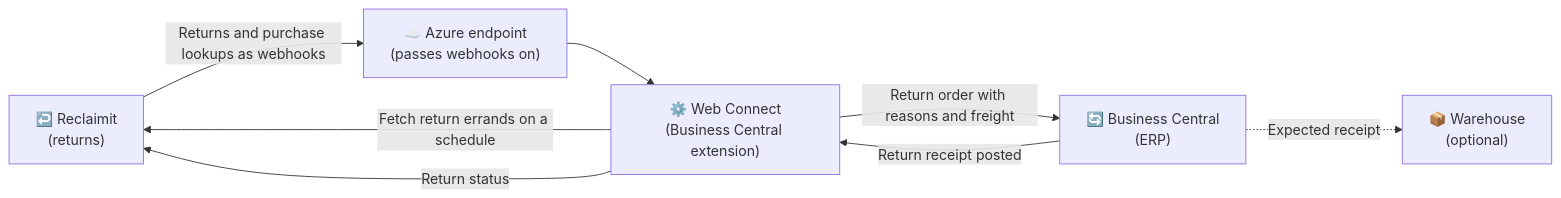
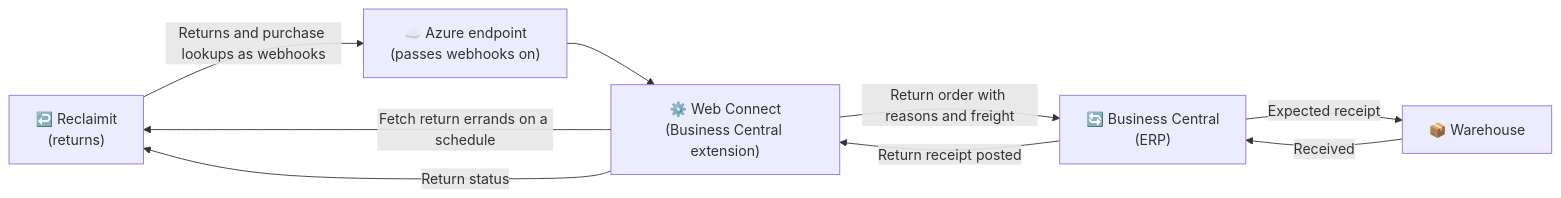
Before and after one commit to Combine-IT-ab/docs-general: the first of 8 diagrams in docs/products/web-connect/integrations/reclaimit/overview.md, drawn with Mermaid. The commit also changed other lines of this file and 2 other files, not shown here.

````diff
--- a/docs/products/web-connect/integrations/reclaimit/overview.md
+++ b/docs/products/web-connect/integrations/reclaimit/overview.md
@@ -65,16 +65,17 @@
 ```mermaid
 graph LR
     A["↩️ Reclaimit<br/>(returns)"]
     P["☁️ Azure endpoint<br/>(passes webhooks on)"]
     B["⚙️ Web Connect<br/>(Business Central extension)"]
     C["🔄 Business Central<br/>(ERP)"]
-    W["📦 Warehouse<br/>(optional)"]
+    W["📦 Warehouse"]
 
     B -->|Fetch return errands on a schedule| A
     A -->|Returns and purchase lookups as webhooks| P
     P --> B
     B -->|Return order with reasons and freight| C
     C -->|Return receipt posted| B
     B -->|Return status| A
-    C -.->|Expected receipt| W
+    C -->|Expected receipt| W
+    W -->|Received| C
 ```
````
